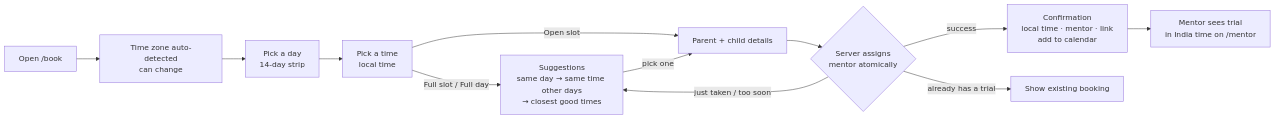
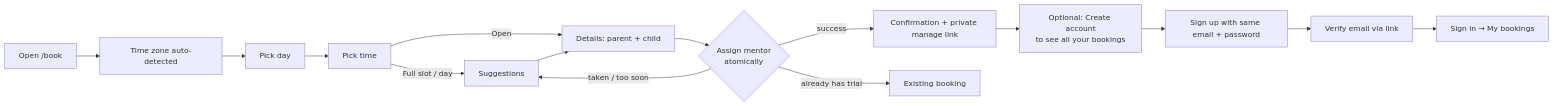
One commit to amit429/trial-session-booking changed the diagram in docs/PRD.md. Above: the diagram before and after it, drawn with Mermaid. The commit also changed other lines of this file and 1 other file, not shown here.

First line of the commit message:
docs: add parent accounts, admin console and access model

````diff
--- a/docs/PRD.md
+++ b/docs/PRD.md
@@ -58,14 +61,14 @@
 ```mermaid
 flowchart LR
-  A[Open /book] --> B[Time zone auto-detected<br/>can change]
-  B --> C[Pick a day<br/>14-day strip]
-  C --> D[Pick a time<br/>local time]
-  D -- Full slot / Full day --> H
-  D -- Open slot --> E[Parent + child details]
-  E --> F{Server assigns<br/>mentor atomically}
-  F -- success --> G[Confirmation<br/>local time · mentor · link<br/>add to calendar]
-  F -- just taken / too soon --> H[Suggestions<br/>same day → same time other days<br/>→ closest good times]
-  H -- pick one --> E
-  F -- already has a trial --> I[Show existing booking]
-  G --> J[Mentor sees trial<br/>in India time on /mentor]
+  A[Open /book] --> B[Time zone auto-detected]
+  B --> C[Pick day] --> D[Pick time]
+  D -- Full slot / day --> H
+  D -- Open --> E[Details: parent + child]
+  E --> F{Assign mentor<br/>atomically}
+  F -- success --> G[Confirmation + private manage link]
+  F -- taken / too soon --> H[Suggestions] --> E
+  F -- already has trial --> I[Existing booking]
+  G --> K[Optional: Create account<br/>to see all your bookings]
+  K --> L[Sign up with same email + password]
+  L --> M[Verify email via link] --> N[Sign in → My bookings]
 ```
````
